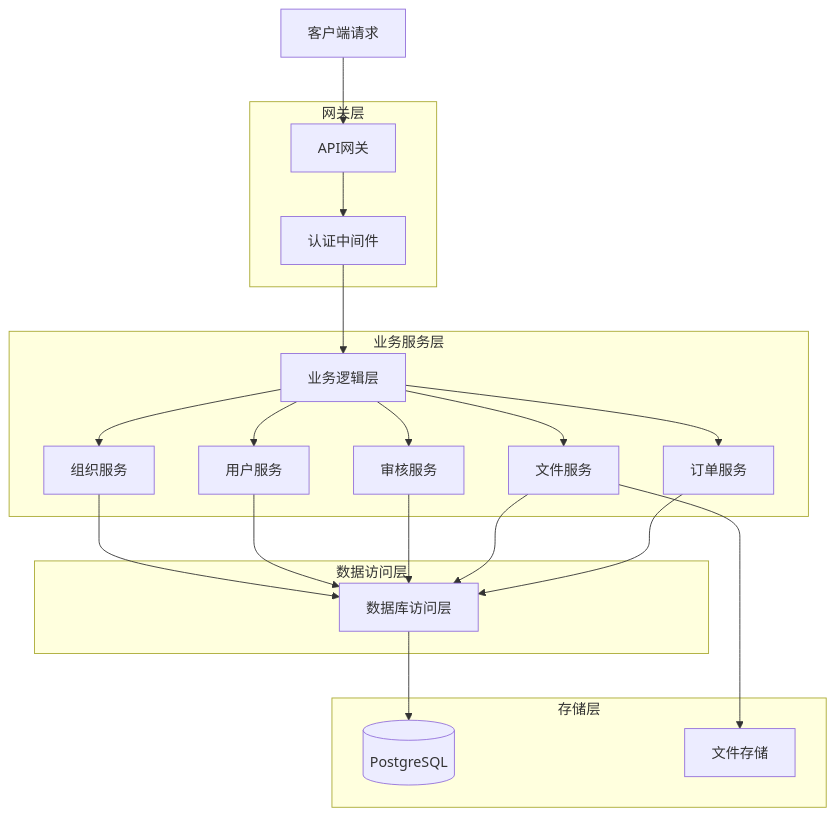
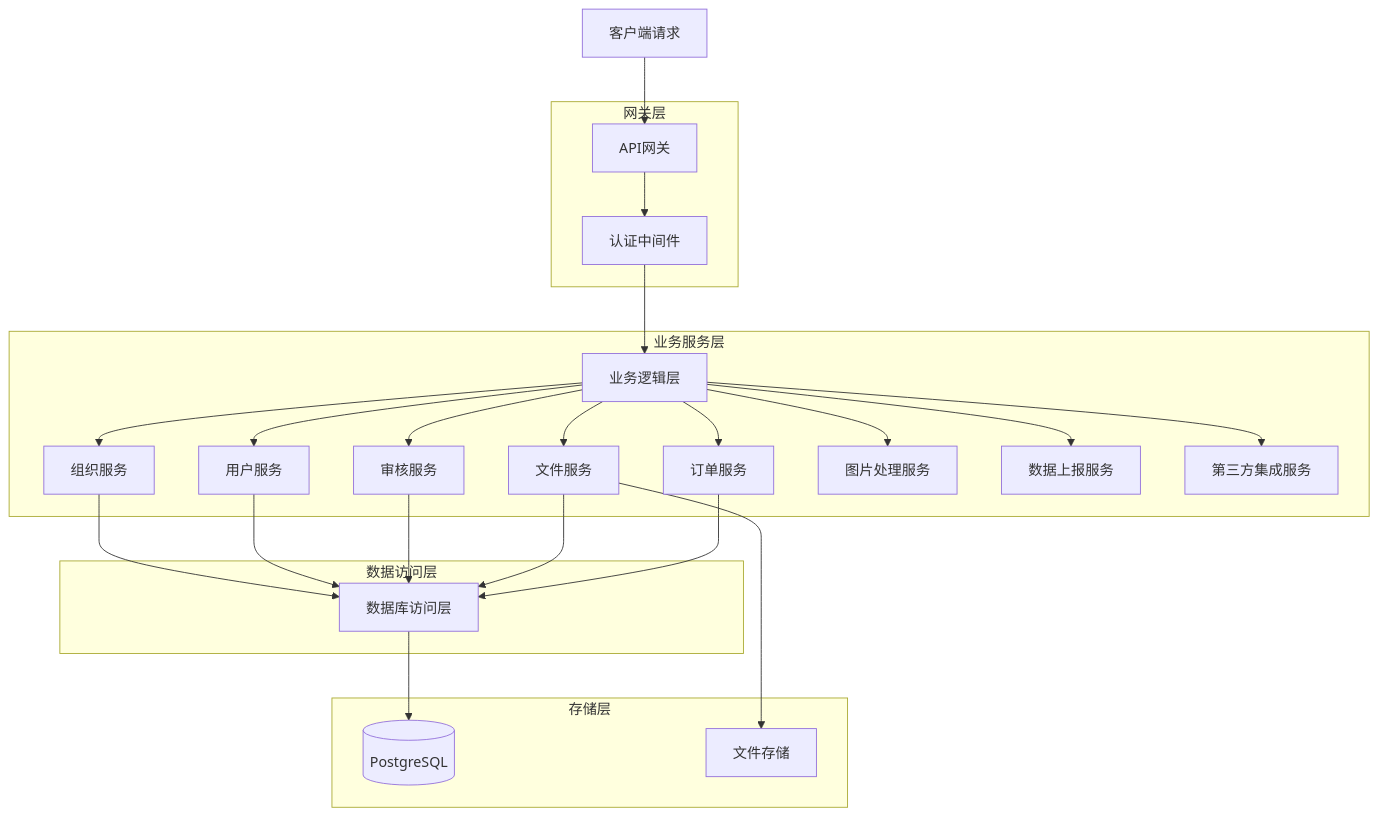
The third of 4 diagrams in technical_architecture.md (Starhx68/social-analyzer), drawn with Mermaid before and after one commit. The commit also changed other lines of this file and 19 other files, not shown here.

````diff
--- a/technical_architecture.md
+++ b/technical_architecture.md
@@ -244,44 +396,50 @@
 ```mermaid
 graph TD
     A[客户端请求] --> B[API网关]
     B --> C[认证中间件]
     C --> D[业务逻辑层]
-    
+  
     D --> E[订单服务]
     D --> F[文件服务]
     D --> G[审核服务]
     D --> H[用户服务]
     D --> I[组织服务]
-    
+    D --> O[图片处理服务]
+    D --> P[数据上报服务]
+    D --> Q[第三方集成服务]
+  
     E --> J[数据库访问层]
     F --> J
     G --> J
     H --> J
     I --> J
-    
+  
     J --> K[(PostgreSQL)]
     F --> L[文件存储]
-    
+  
     subgraph "网关层"
         B
         C
     end
-    
+  
     subgraph "业务服务层"
         D
         E
         F
         G
         H
         I
+        O
+        P
+        Q
     end
-    
+  
     subgraph "数据访问层"
         J
     end
-    
+  
     subgraph "存储层"
         K
         L
     end
 ```
````
